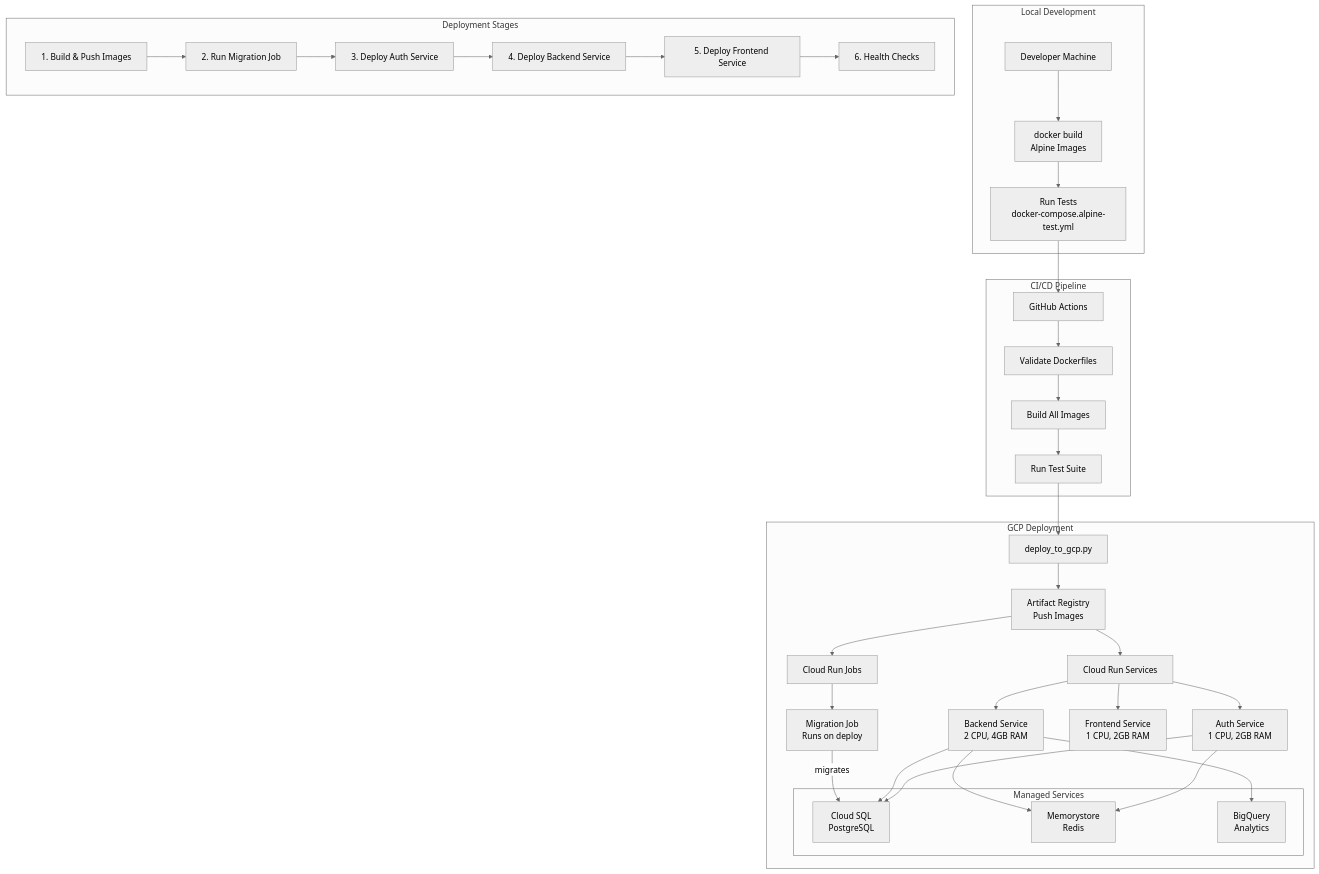
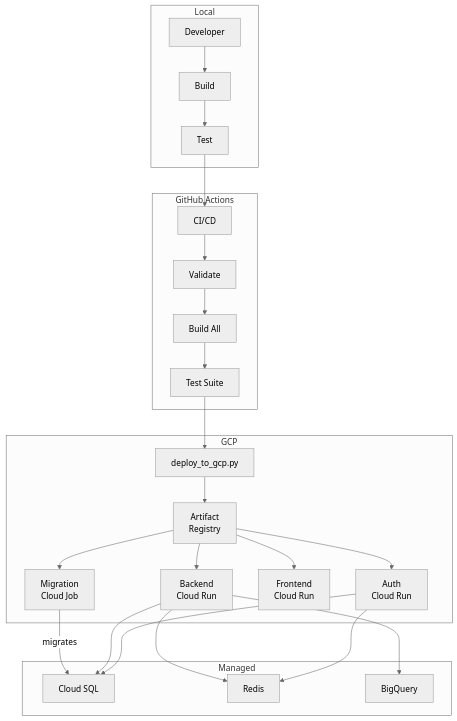
The fourth of 15 diagrams in docs/docker_architecture_diagrams.md (netra-systems/zen), drawn with Mermaid (neutral theme) before and after one commit. The commit also changed other lines of this file and 3 other files, not shown here.

First line of the commit message:
docs: update architecture documentation and SSOT compliance

````diff
--- a/docs/docker_architecture_diagrams.md
+++ b/docs/docker_architecture_diagrams.md
@@ -76,52 +74,39 @@
 ```mermaid
 graph TB
-    subgraph "Local Development"
-        DEV[Developer Machine]
-        DEV --> BUILD[docker build<br/>Alpine Images]
-        BUILD --> TEST[Run Tests<br/>docker-compose.alpine-test.yml]
+    subgraph "Local"
+        DEV[Developer]
+        DEV --> BUILD[Build]
+        BUILD --> TEST[Test]
     end
-
-    subgraph "CI/CD Pipeline"
-        TEST --> CI[GitHub Actions]
-        CI --> VALIDATE[Validate Dockerfiles]
-        VALIDATE --> BUILDCI[Build All Images]
-        BUILDCI --> TESTCI[Run Test Suite]
+    
+    TEST --> CI[CI/CD]
+    
+    subgraph "GitHub Actions"
+        CI --> VAL[Validate]
+        VAL --> BLD[Build All]
+        BLD --> TST[Test Suite]
     end
-
-    subgraph "GCP Deployment"
-        TESTCI --> DEPLOY[deploy_to_gcp.py]
-        DEPLOY --> AR[Artifact Registry<br/>Push Images]
-        
-        AR --> CR[Cloud Run Services]
-        CR --> BACK_CR[Backend Service<br/>2 CPU, 4GB RAM]
-        CR --> AUTH_CR[Auth Service<br/>1 CPU, 2GB RAM]
-        CR --> FRONT_CR[Frontend Service<br/>1 CPU, 2GB RAM]
-        
-        AR --> CRJ[Cloud Run Jobs]
-        CRJ --> MIG_JOB[Migration Job<br/>Runs on deploy]
-        
-        subgraph "Managed Services"
-            PSQL[Cloud SQL<br/>PostgreSQL]
-            MEM[Memorystore<br/>Redis]
-            BQ[BigQuery<br/>Analytics]
-        end
-        
-        MIG_JOB -->|migrates| PSQL
-        BACK_CR --> PSQL
-        BACK_CR --> MEM
-        BACK_CR --> BQ
-        AUTH_CR --> PSQL
-        AUTH_CR --> MEM
+    
+    TST --> DPL[deploy_to_gcp.py]
+    
+    subgraph "GCP"
+        DPL --> AR[Artifact<br/>Registry]
+        AR --> CR1[Backend<br/>Cloud Run]
+        AR --> CR2[Auth<br/>Cloud Run]
+        AR --> CR3[Frontend<br/>Cloud Run]
+        AR --> MJ[Migration<br/>Cloud Job]
     end
-
-    subgraph "Deployment Stages"
-        STAGE1[1. Build & Push Images]
-        STAGE2[2. Run Migration Job]
-        STAGE3[3. Deploy Auth Service]
-        STAGE4[4. Deploy Backend Service]
-        STAGE5[5. Deploy Frontend Service]
-        STAGE6[6. Health Checks]
-        
-        STAGE1 --> STAGE2 --> STAGE3 --> STAGE4 --> STAGE5 --> STAGE6
+    
+    subgraph "Managed"
+        SQL[Cloud SQL]
+        MEM[Redis]
+        BQ[BigQuery]
     end
+    
+    MJ -->|migrates| SQL
+    CR1 --> SQL
+    CR1 --> MEM
+    CR1 --> BQ
+    CR2 --> SQL
+    CR2 --> MEM
 ```
````
